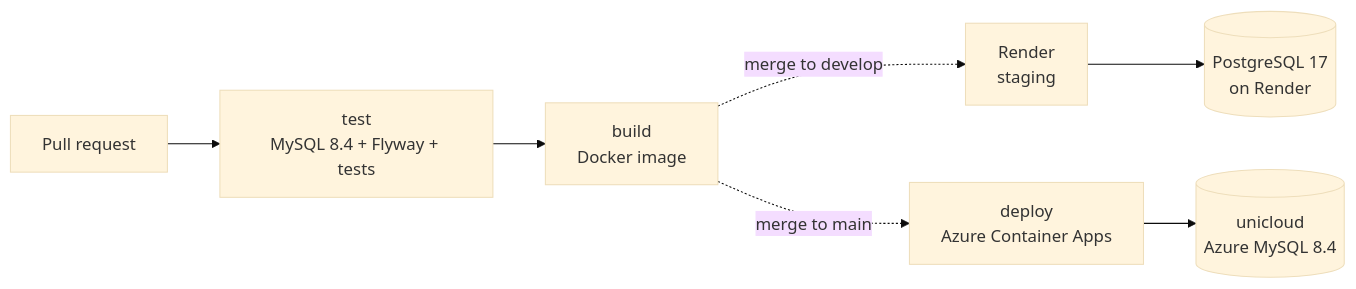
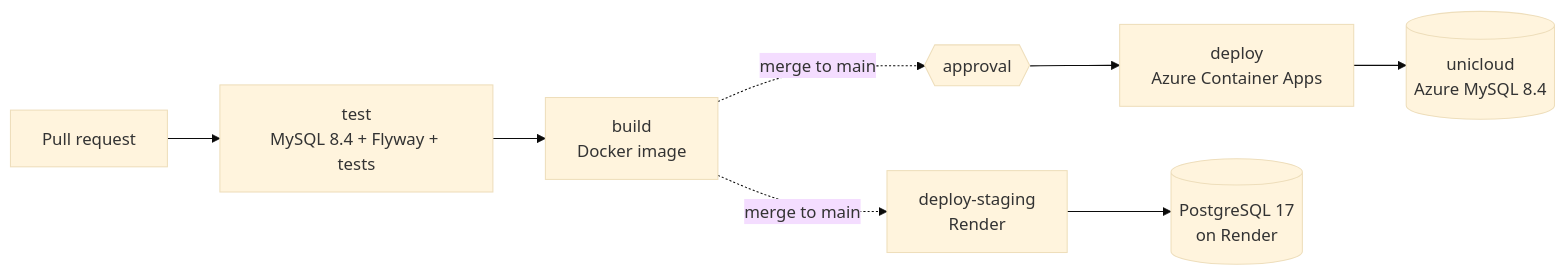
One commit to Alex-Tsvetanov/unicloud-portal changed the first of 2 diagrams in README.md. Above: the diagram before and after it, drawn with Mermaid (base theme). The commit also changed other lines of this file and 1 other file, not shown here.

First line of the commit message:
ci: deploy staging and production from main only

````diff
--- a/README.md
+++ b/README.md
@@ -29,9 +29,10 @@
 ```mermaid
 flowchart LR
     PR[Pull request] --> T["test<br/>MySQL 8.4 + Flyway + tests"]
     T --> B["build<br/>Docker image"]
-    B -. merge to develop .-> S["Render<br/>staging"]
-    B -. merge to main .-> D["deploy<br/>Azure Container Apps"]
+    B -. merge to main .-> S["deploy-staging<br/>Render"]
+    B -. merge to main .-> A{{"approval"}}
+    A --> D["deploy<br/>Azure Container Apps"]
     S --> SDB[("PostgreSQL 17<br/>on Render")]
     D --> DB[("unicloud<br/>Azure MySQL 8.4")]
 ```
````
